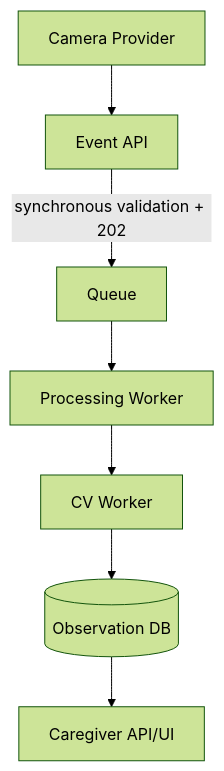
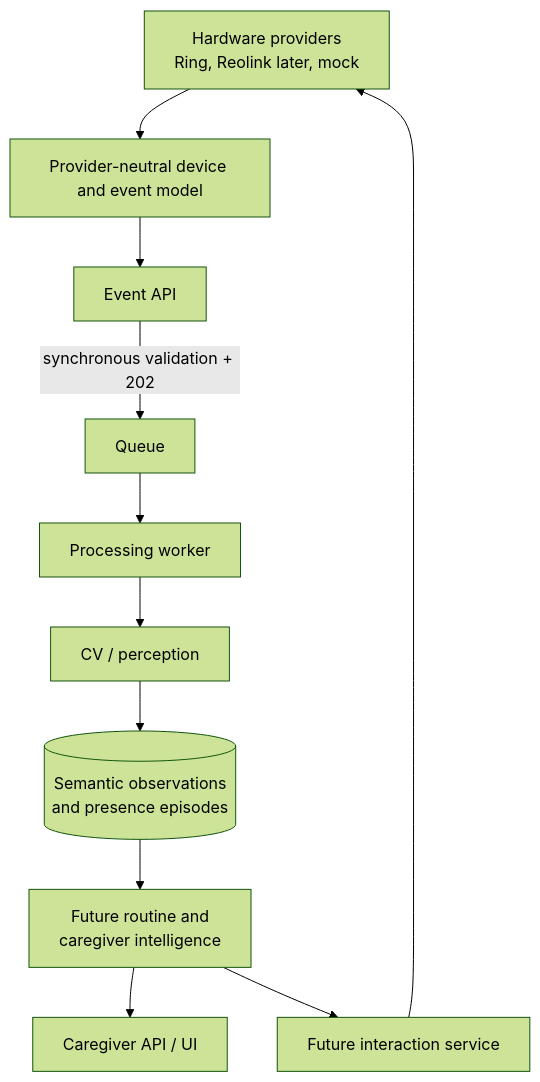
Before and after one commit to hucklebarry/gaitwatcher: the diagram in docs/architecture.md, drawn with Mermaid (forest theme). The commit also changed other lines of this file and 31 other files, not shown here.

````diff
--- a/docs/architecture.md
+++ b/docs/architecture.md
@@ -3,9 +3,13 @@
 ```mermaid
 flowchart TD
- P[Camera Provider] --> A[Event API]
+ P[Hardware providers\nRing, Reolink later, mock] --> E[Provider-neutral device and event model]
+ E --> A[Event API]
  A -->|synchronous validation + 202| Q[Queue]
- Q --> W[Processing Worker]
- W --> C[CV Worker]
- C --> D[(Observation DB)]
- D --> U[Caregiver API/UI]
+ Q --> W[Processing worker]
+ W --> C[CV / perception]
+ C --> D[(Semantic observations\nand presence episodes)]
+ D --> I[Future routine and\ncaregiver intelligence]
+ I --> U[Caregiver API / UI]
+ I --> X[Future interaction service]
+ X --> P
 ```
````
